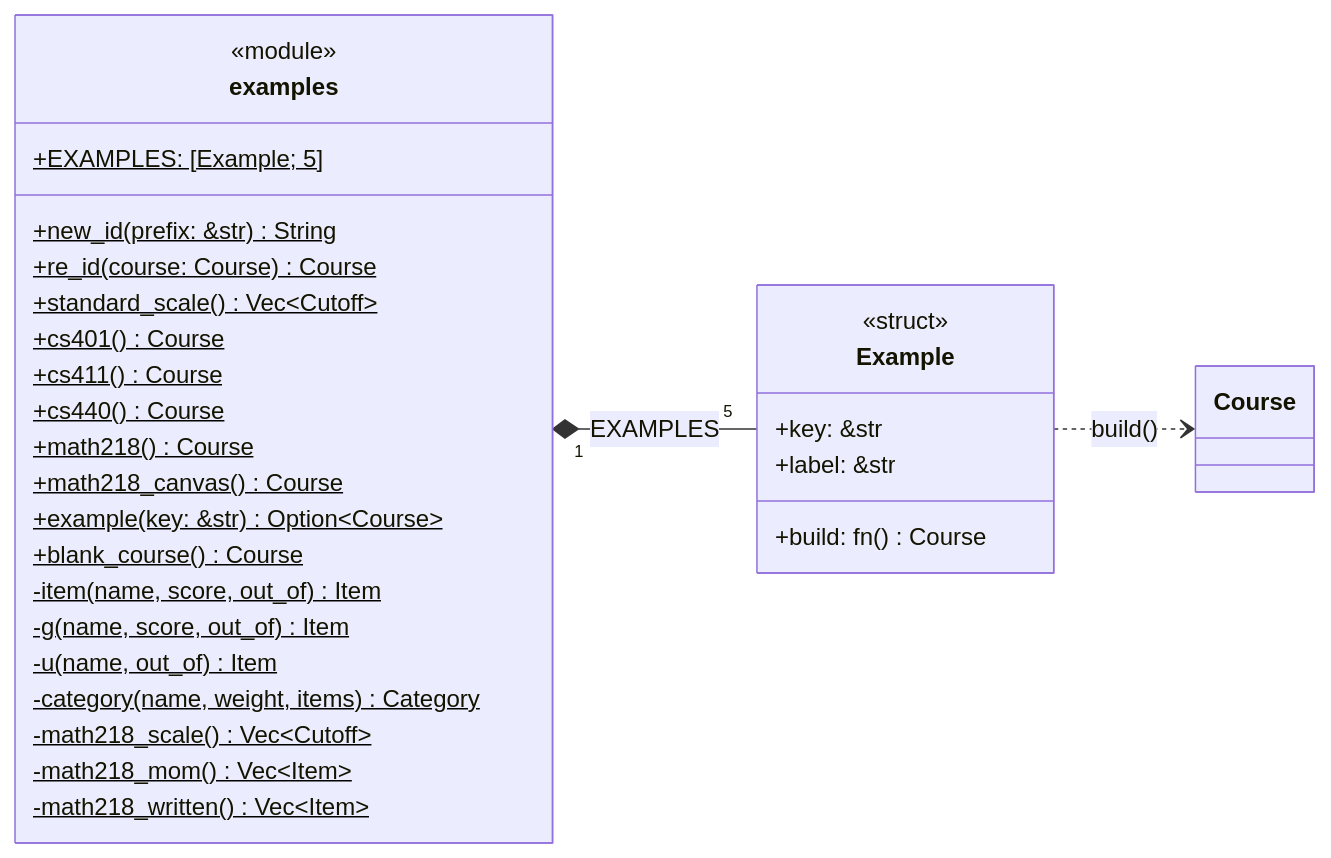
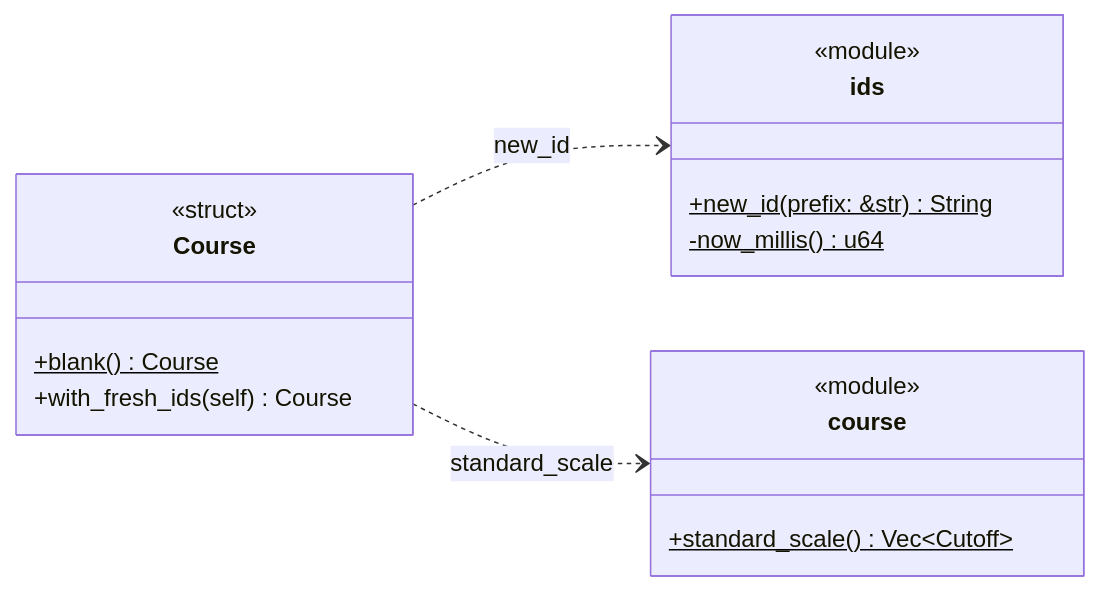
The fifth of 9 diagrams in docs/uml.md (Patman1O1/grade-calculator), drawn with Mermaid before and after one commit. The commit also changed other lines of this file and 12 other files, not shown here.

````diff
--- a/docs/uml.md
+++ b/docs/uml.md
@@ -231,33 +229,20 @@
 ```mermaid
 classDiagram
   direction LR
-  class examples {
+  class ids {
     <<module>>
-    +EXAMPLES: [Example; 5]$
     +new_id(prefix: &str)$ String
-    +re_id(course: Course)$ Course
+    -now_millis()$ u64
+  }
+  class Course {
+    <<struct>>
+    +blank()$ Course
+    +with_fresh_ids(self) Course
+  }
+  class course {
+    <<module>>
     +standard_scale()$ Vec~Cutoff~
-    +cs401()$ Course
-    +cs411()$ Course
-    +cs440()$ Course
-    +math218()$ Course
-    +math218_canvas()$ Course
-    +example(key: &str)$ Option~Course~
-    +blank_course()$ Course
-    -item(name, score, out_of)$ Item
-    -g(name, score, out_of)$ Item
-    -u(name, out_of)$ Item
-    -category(name, weight, items)$ Category
-    -math218_scale()$ Vec~Cutoff~
-    -math218_mom()$ Vec~Item~
-    -math218_written()$ Vec~Item~
   }
-  class Example {
-    <<struct>>
-    +key: &str
-    +label: &str
-    +build: fn() Course
-  }
-  examples "1" *-- "5" Example : EXAMPLES
-  Example ..> Course : build()
+  Course ..> ids : new_id
+  Course ..> course : standard_scale
 ```
````
